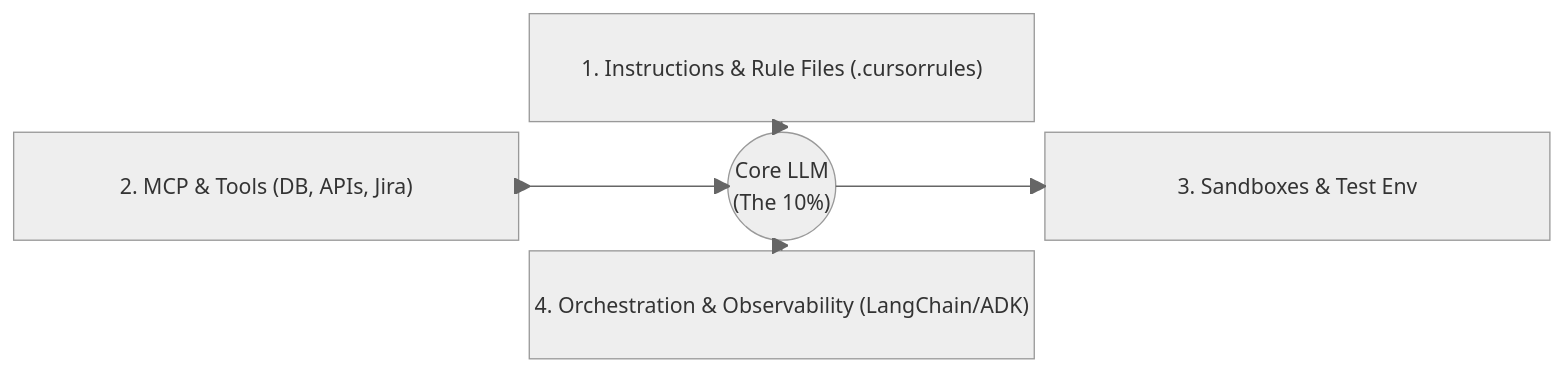
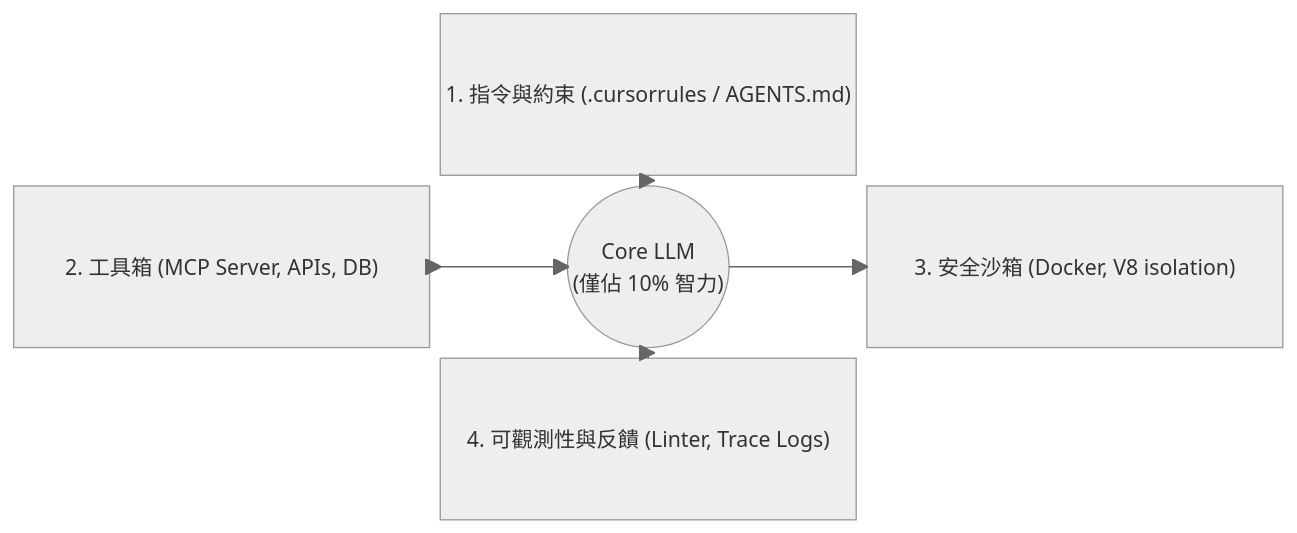
Before and after one commit to poirotw66/poirotw66.github.io: the second of 4 diagrams in src/content/blog/49-the-new-sdlc-with-vibe-coding.md, drawn with Mermaid (neutral theme). The commit also changed other lines of this file, not shown here.

Commit message:
Expand Vibe Coding whitepaper post to a comprehensive 50-page guide with detailed tables and Gantt charts

````diff
--- a/src/content/blog/49-the-new-sdlc-with-vibe-coding.md
+++ b/src/content/blog/49-the-new-sdlc-with-vibe-coding.md
@@ -84,25 +93,21 @@
 ```mermaid
 block-beta
   columns 3
   
-  %% Row 1
   space
-  Instructions["1. Instructions & Rule Files (.cursorrules)"]
+  Instructions["1. 指令與約束 (.cursorrules / AGENTS.md)"]
   space
   
-  %% Row 2
-  MCP["2. MCP & Tools (DB, APIs, Jira)"]
-  LLM(("Core LLM\n(The 10%)"))
-  Sandbox["3. Sandboxes & Test Env"]
+  MCP["2. 工具箱 (MCP Server, APIs, DB)"]
+  LLM(("Core LLM\n(僅佔 10% 智力)"))
+  Sandbox["3. 安全沙箱 (Docker, V8 isolation)"]
   
-  %% Row 3
   space
-  Orchestration["4. Orchestration & Observability (LangChain/ADK)"]
+  Observability["4. 可觀測性與反饋 (Linter, Trace Logs)"]
   space
 
-  %% Relationships
   Instructions --> LLM
+  LLM <--> MCP
   LLM --> Sandbox
-  LLM <--> MCP
-  Orchestration --> LLM
+  Observability --> LLM
 ```
````
